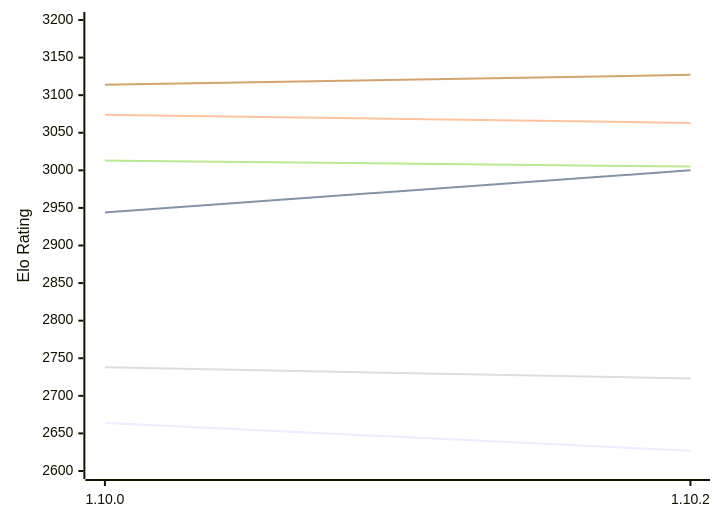
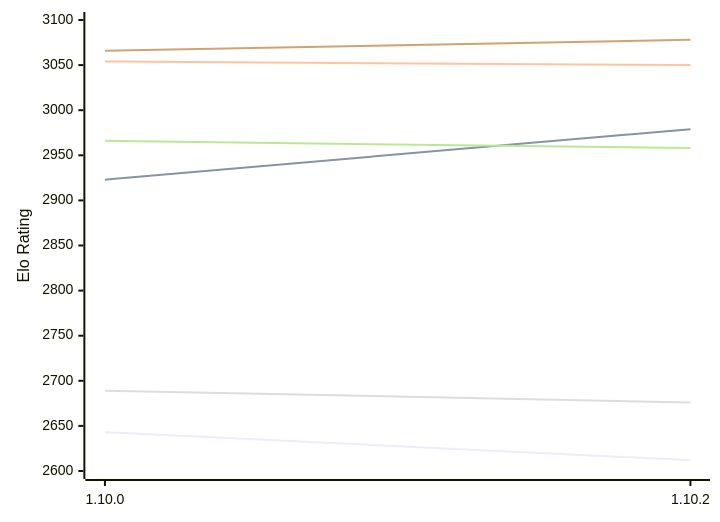
The first of 2 diagrams in engines/Basilisk.md (computer-chess-index/cci), drawn with Mermaid before and after one commit. The commit also changed other lines of this file, not shown here.

Commit message:
Update CCI Ratings (ELO VLTC) - 2026-11-08

````diff
--- a/engines/Basilisk.md
+++ b/engines/Basilisk.md
@@ -61,12 +61,12 @@
 ```mermaid
 %%{init: {"theme":"base","themeVariables":{"seriesColors:['#a3a3a3','#222221','#faa371']}}}%%
 xychart-beta
   x-axis ["1.10.0", "1.10.2"]
-  y-axis "Elo Rating" 2600 --> 3200
-  line "E1: STC (8.0+0.08s)" [2664, 2627]
-  line "E1: LTC (60.0+0.60s)" [2944, 3000]
-  line "E1: VLTC (2m24s+1.12s)" [3074, 3063]
-  line "P1: STC (8.0+0.08s)" [2738, 2723]
-  line "P1: LTC (60.0+0.60s)" [3013, 3005]
-  line "P1: VLTC (2m24s+1.12s)" [3114, 3127]
+  y-axis "Elo Rating" 2600 --> 3100
+  line "E1: STC (8.0+0.08s)" [2643, 2612]
+  line "E1: LTC (60.0+0.60s)" [2923, 2979]
+  line "E1: VLTC (2m24s+1.12s)" [3054, 3050]
+  line "P1: STC (8.0+0.08s)" [2689, 2676]
+  line "P1: LTC (60.0+0.60s)" [2966, 2958]
+  line "P1: VLTC (2m24s+1.12s)" [3066, 3078]
 ```
````
